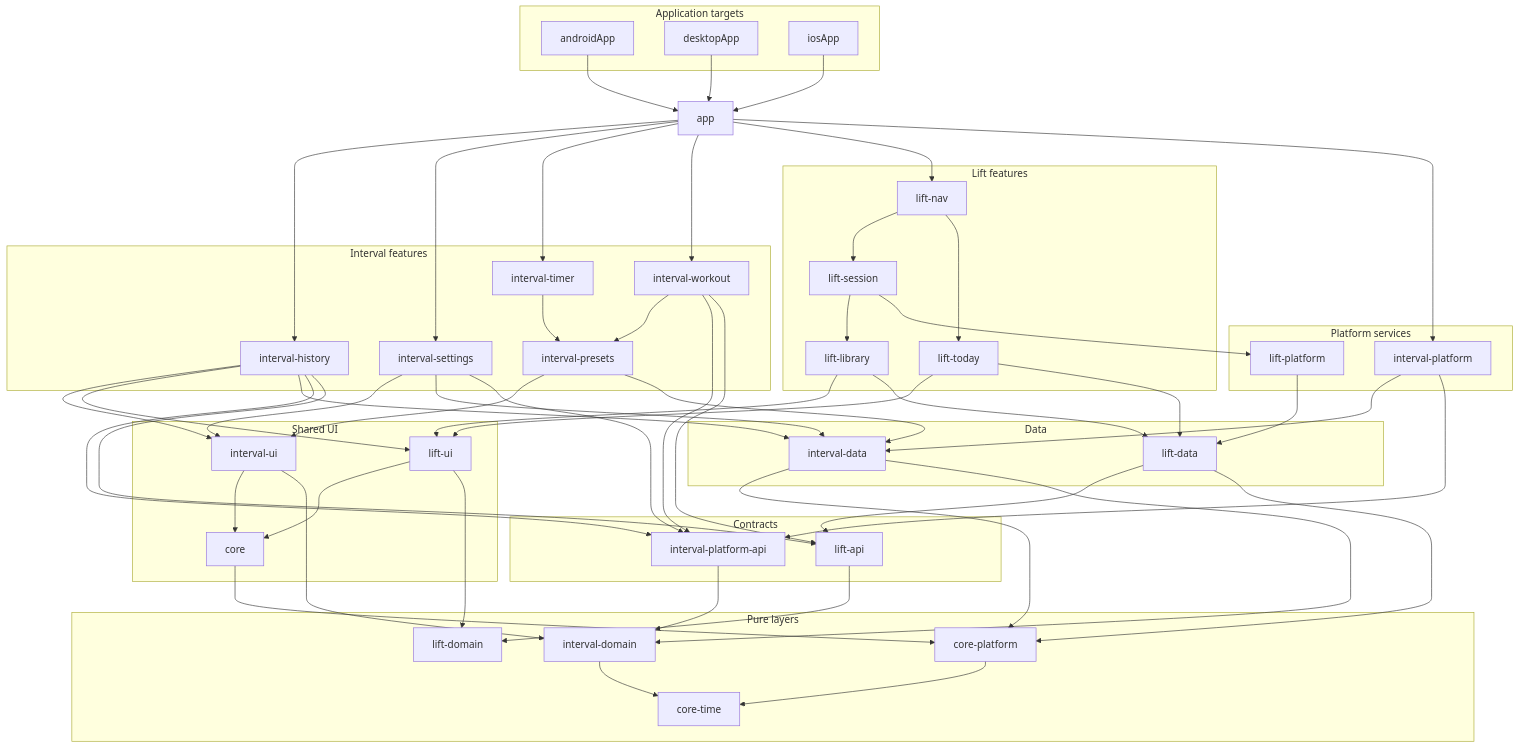
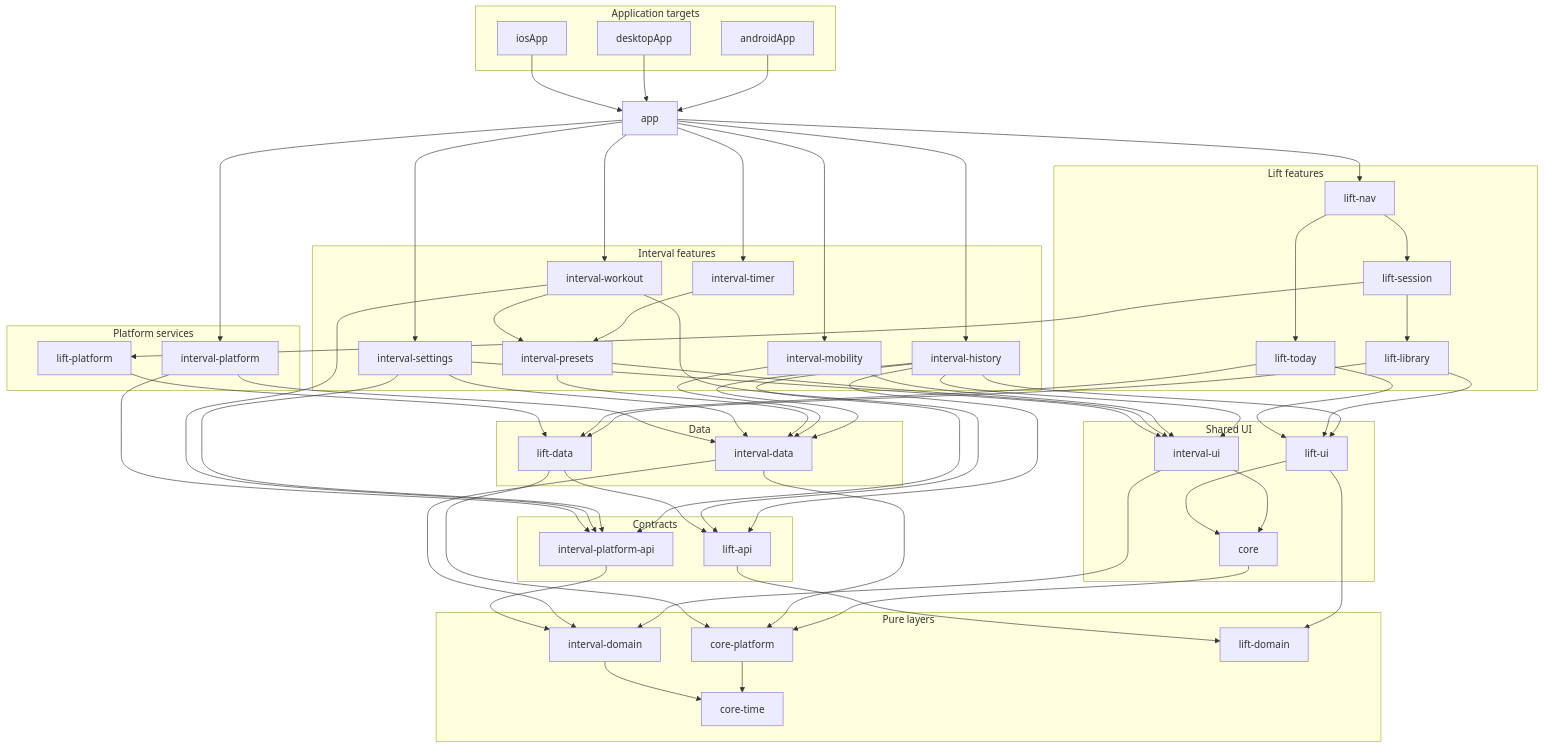
One commit to smithjustinn84-netizen/interval changed the first of 2 diagrams in docs/architecture.md. Above: the diagram before and after it, drawn with Mermaid. The commit also changed other lines of this file and 42 other files, not shown here.

First line of the commit message:
Train: Mobility, a third pillar of flows started from a sheet of their moves

```diff
--- a/docs/architecture.md
+++ b/docs/architecture.md
@@ -26,6 +26,7 @@
 
     subgraph intervalFeatures ["Interval features"]
         intervalHistory["interval-history"]
+        intervalMobility["interval-mobility"]
         intervalPresets["interval-presets"]
         intervalSettings["interval-settings"]
         intervalTimer["interval-timer"]
@@ -72,6 +73,7 @@
     iosApp --> app
 
     app --> intervalHistory
+    app --> intervalMobility
     app --> intervalSettings
     app --> intervalTimer
     app --> intervalWorkout
@@ -83,6 +85,8 @@
     intervalHistory --> intervalData
     intervalHistory --> intervalPlatformApi
     intervalHistory --> liftApi
+    intervalMobility --> intervalUi
+    intervalMobility --> intervalData
     intervalPresets --> intervalUi
     intervalPresets --> intervalData
     intervalSettings --> intervalUi
```
